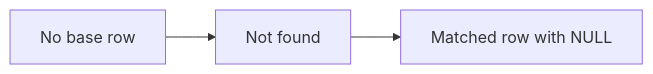
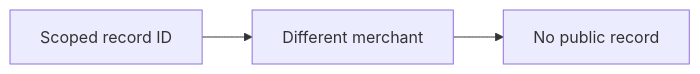
One commit to Prem-Tomar/payment-api changed the third of 6 diagrams in docs/curriculum/assignments/g68-sql-query-depth.md. Above: the diagram before and after it, drawn with Mermaid. The commit also changed other lines of this file and 3 other files, not shown here.

````diff
--- a/docs/curriculum/assignments/g68-sql-query-depth.md
+++ b/docs/curriculum/assignments/g68-sql-query-depth.md
@@ -79,8 +79,8 @@
 ```mermaid
 flowchart LR
-  N0["No base row"]
-  N1["Not found"]
-  N2["Matched row with NULL"]
+  N0["Scoped record ID"]
+  N1["Different merchant"]
+  N2["No public record"]
   N0 --> N1
   N1 --> N2
 ```
````
